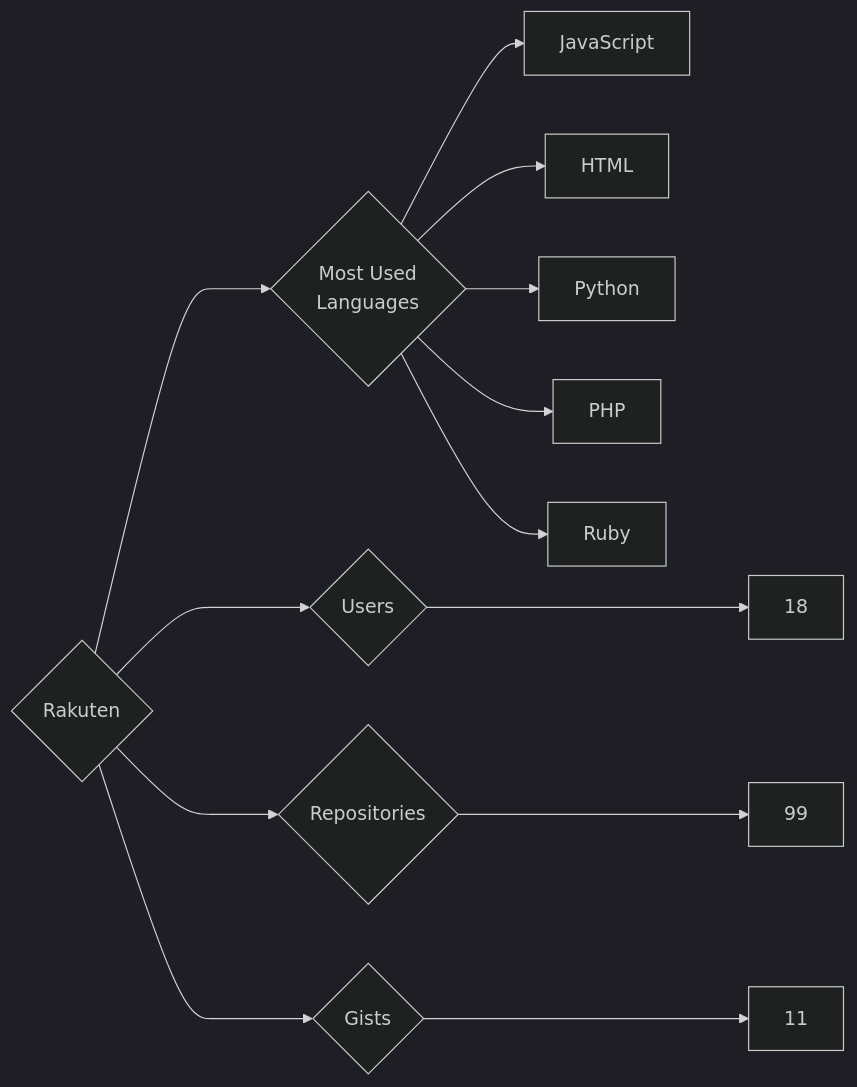
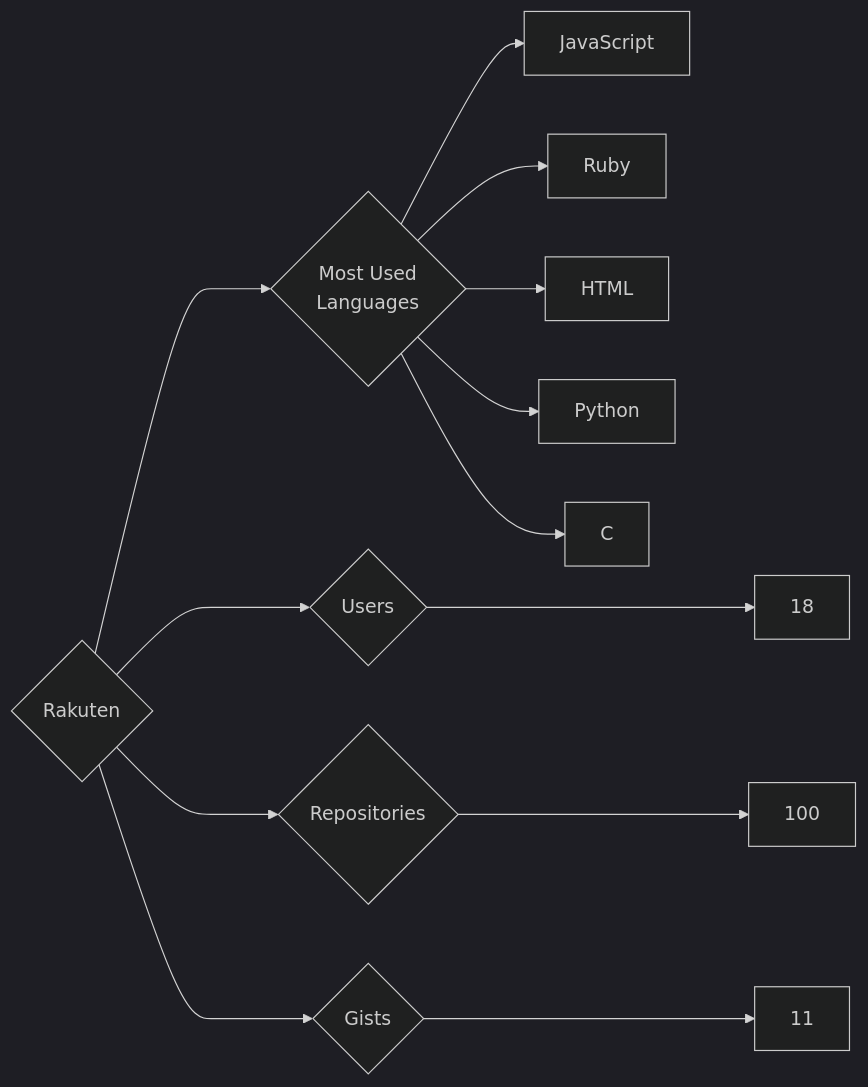
Before and after one commit to trickest/insiders: the diagram in targets/Rakuten/README.md, drawn with Mermaid (dark theme). The commit also changed 823 other files, not shown here.

````diff
--- a/targets/Rakuten/README.md
+++ b/targets/Rakuten/README.md
@@ -3,13 +3,13 @@
 ```mermaid
 graph LR
 COMPANY_NAME{Rakuten}
 COMPANY_NAME ---> U{Users} ---> UN[18]
-COMPANY_NAME ---> R{Repositories} ---> RN[99]
+COMPANY_NAME ---> R{Repositories} ---> RN[100]
 COMPANY_NAME ---> G{Gists} ---> GN[11]
 COMPANY_NAME ---> ML{Most Used<br>Languages}
 ML --> JavaScript[JavaScript]
+ML --> Ruby[Ruby]
 ML --> HTML[HTML]
 ML --> Python[Python]
-ML --> PHP[PHP]
-ML --> Ruby[Ruby]
+ML --> C[C]
 ```
````
